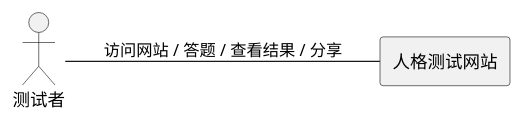
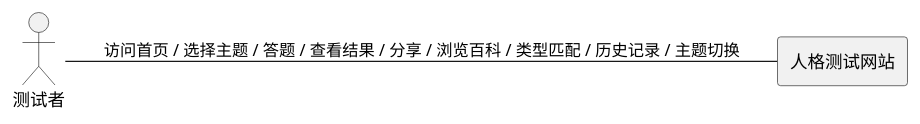
Before and after one commit to winter-cr/xxti: the first of 10 diagrams in .codeartsdoer/specs/personality-test/spec.md, drawn with PlantUML. The commit also changed other lines of this file and 44 other files, not shown here.

````diff
--- a/.codeartsdoer/specs/personality-test/spec.md
+++ b/.codeartsdoer/specs/personality-test/spec.md
@@ -61,9 +92,9 @@
 ```plantuml
 @startuml
 left to right direction
 actor "测试者" as user
 rectangle "人格测试网站" as system {
 }
-user -- system : "访问网站 / 答题 / 查看结果 / 分享"
+user -- system : "访问首页 / 选择主题 / 答题 / 查看结果 / 分享 / 浏览百科 / 类型匹配 / 历史记录 / 主题切换"
 @enduml
 ```
````
